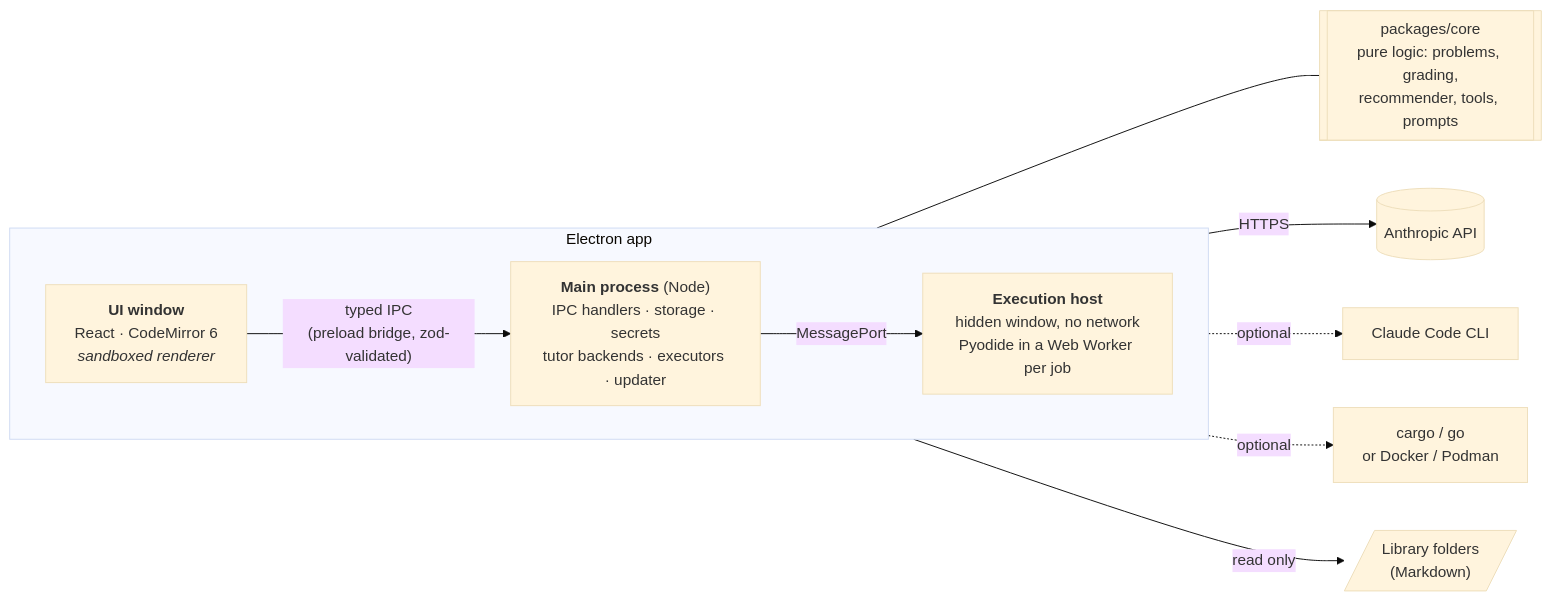
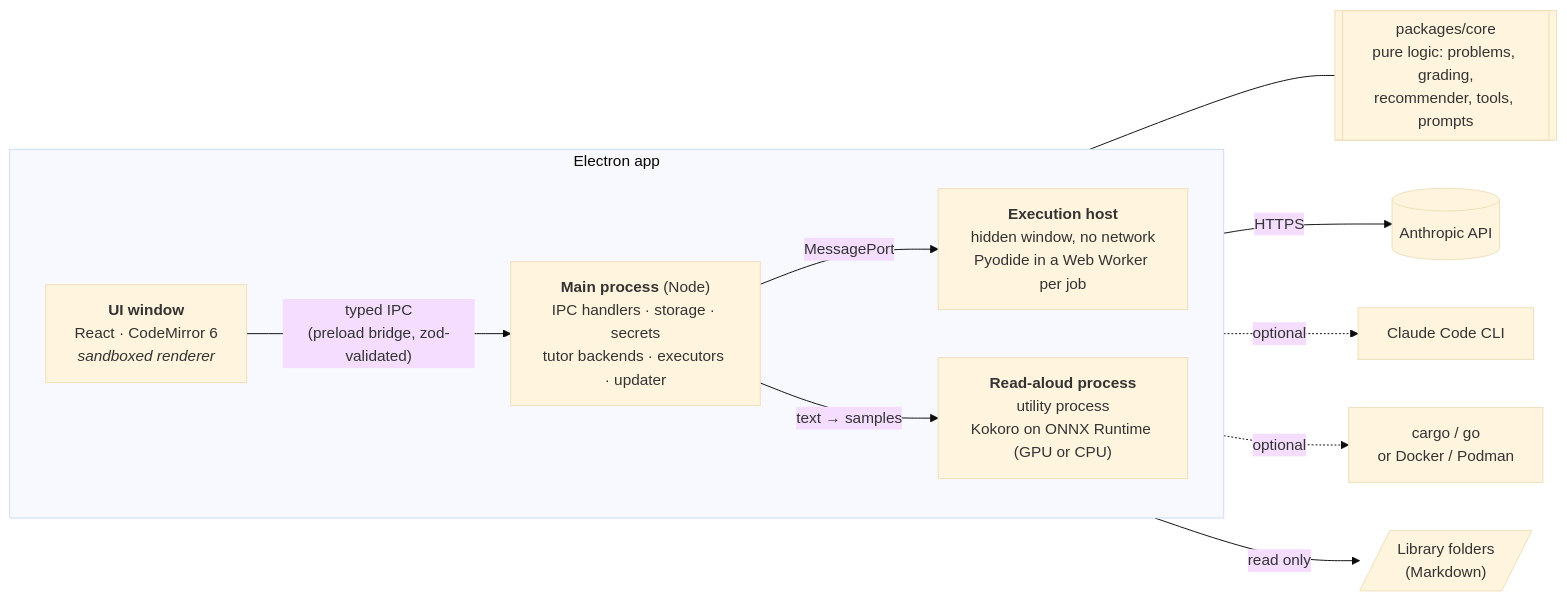
Before and after one commit to hqazi/algo: the first of 2 diagrams in docs/architecture.md, drawn with Mermaid (base theme). The commit also changed other lines of this file and 35 other files, not shown here.

First line of the commit message:
T38: read aloud with Kokoro, on the GPU when it is faster

````diff
--- a/docs/architecture.md
+++ b/docs/architecture.md
@@ -9,17 +9,19 @@
 ```mermaid
 flowchart LR
   subgraph app["Electron app"]
     direction LR
     UI["<b>UI window</b><br/>React · CodeMirror 6<br/><i>sandboxed renderer</i>"]
     Main["<b>Main process</b> (Node)<br/>IPC handlers · storage · secrets<br/>tutor backends · executors · updater"]
     Host["<b>Execution host</b><br/>hidden window, no network<br/>Pyodide in a Web Worker per job"]
+    Voice["<b>Read-aloud process</b><br/>utility process<br/>Kokoro on ONNX Runtime (GPU or CPU)"]
     UI -- "typed IPC<br/>(preload bridge, zod-validated)" --> Main
     Main -- "MessagePort" --> Host
+    Main -- "text → samples" --> Voice
   end
   Core[["packages/core<br/>pure logic: problems, grading,<br/>recommender, tools, prompts"]]
   Main --- Core
   Main -- "HTTPS" --> API[(Anthropic API)]
   Main -. "optional" .-> CC["Claude Code CLI"]
   Main -. "optional" .-> Tool["cargo / go<br/>or Docker / Podman"]
   Main -- "read only" --> Vault[/"Library folders<br/>(Markdown)"/]
 ```
````
